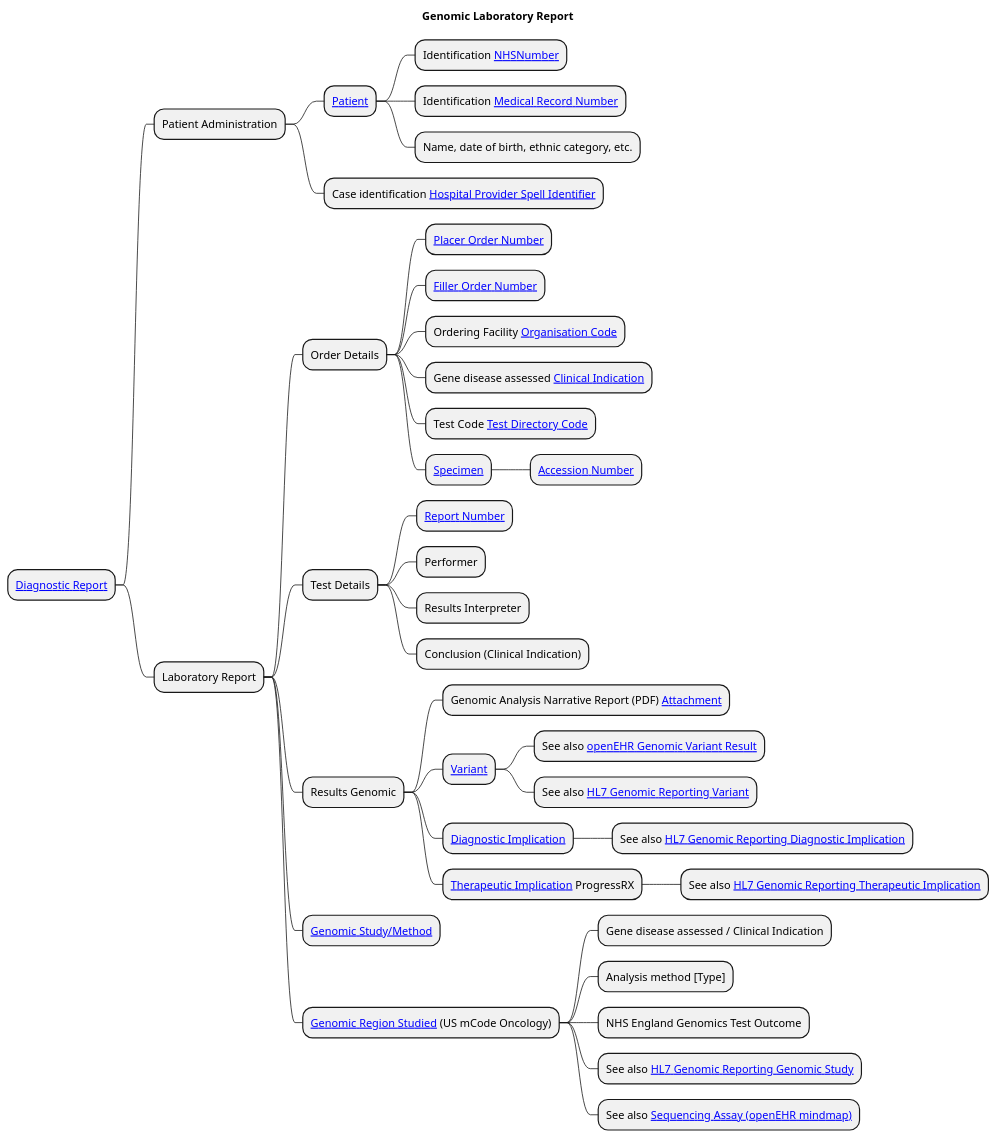
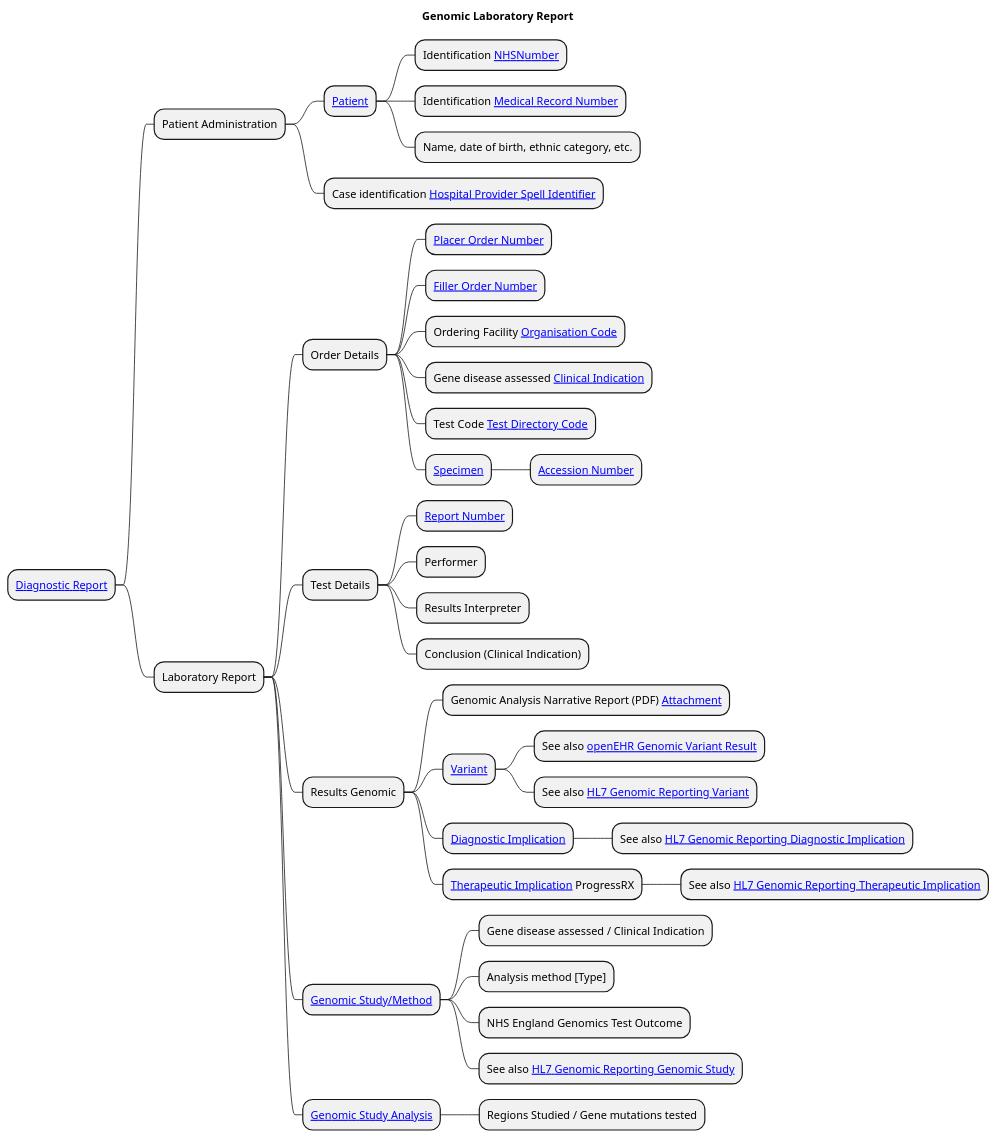
One commit to uk-gov-mirror/nw-gmsa.nw-gmsa.github.com changed the diagram in input/images-source/LaboratoryReport-mindmap.plantuml. Above: the diagram before and after it, drawn with PlantUML.

Commit message:
Diagnostic Implication

```diff
--- a/input/images-source/LaboratoryReport-mindmap.plantuml
+++ b/input/images-source/LaboratoryReport-mindmap.plantuml
@@ -1,43 +1,43 @@
 @startmindmap
 
 title "Genomic Laboratory Report"
 
 * [[StructureDefinition-DiagnosticReport.html Diagnostic Report]]
 ** Patient Administration
 *** [[StructureDefinition-Patient.html Patient]]
 **** Identification [[StructureDefinition-NHSNumber.html NHSNumber]]
 **** Identification [[StructureDefinition-MedicalRecordNumber.html Medical Record Number]]
 **** Name, date of birth, ethnic category, etc.
 *** Case identification [[StructureDefinition-HospitalProviderSpellIdentifier.html Hospital Provider Spell Identifier]]
 ** Laboratory Report
 *** Order Details
 **** [[StructureDefinition-PlacerOrderNumber.html Placer Order Number]]
 **** [[StructureDefinition-FillerOrderNumber.html Filler Order Number]]
 **** Ordering Facility [[StructureDefinition-OrganisationCode.html Organisation Code]]
 **** Gene disease assessed [[CodeSystem-GenomicClinicalIndication.html Clinical Indication]]
 **** Test Code [[CodeSystem-GenomicTestCode.html Test Directory Code]]
 **** [[StructureDefinition-Specimen.html Specimen]]
 ***** [[StructureDefinition-AccessionNumber.html Accession Number]]
 *** Test Details
 **** [[StructureDefinition-ReportNumber.html Report Number]]
 **** Performer
 **** Results Interpreter
 **** Conclusion (Clinical Indication)
 *** Results Genomic
 **** Genomic Analysis Narrative Report (PDF) [[StructureDefinition-NWAttachment.html Attachment]]
 **** [[StructureDefinition-Observation-Variant.html Variant]]
 ***** See also [[https://ckm.openehr.org/ckm/archetypes/1013.1.3759/mindmap openEHR Genomic Variant Result]]
 ***** See also [[https://build.fhir.org/ig/HL7/genomics-reporting/StructureDefinition-variant.html HL7 Genomic Reporting Variant]]
 **** [[StructureDefinition-Observation-DiagnosticImplication.html Diagnostic Implication]]
 ***** See also [[https://build.fhir.org/ig/HL7/genomics-reporting/StructureDefinition-diagnostic-implication.html HL7 Genomic Reporting Diagnostic Implication]]
 **** [[StructureDefinition-Observation-TherapeuticImplication.html Therapeutic Implication]] ProgressRX
 ***** See also [[https://build.fhir.org/ig/HL7/genomics-reporting/StructureDefinition-therapeutic-implication.html HL7 Genomic Reporting Therapeutic Implication]]
 *** [[StructureDefinition-Procedure-GenomicStudy.html Genomic Study/Method]]
-*** [[https://build.fhir.org/ig/HL7/fhir-mCODE-ig/StructureDefinition-mcode-genomic-region-studied.html Genomic Region Studied]] (US mCode Oncology)
 **** Gene disease assessed / Clinical Indication
 **** Analysis method [Type]
 **** NHS England Genomics Test Outcome
 **** See also [[https://build.fhir.org/ig/HL7/genomics-reporting/StructureDefinition-genomic-study.html HL7 Genomic Reporting Genomic Study]]
-**** See also [[https://ckm.openehr.org/ckm/archetypes/1013.1.4256/mindmap Sequencing Assay (openEHR mindmap)]]
+*** [[https://build.fhir.org/ig/HL7/genomics-reporting/StructureDefinition-genomic-study-analysis.html Genomic Study Analysis]]
+**** Regions Studied / Gene mutations tested
 
 @endmindmap
```
